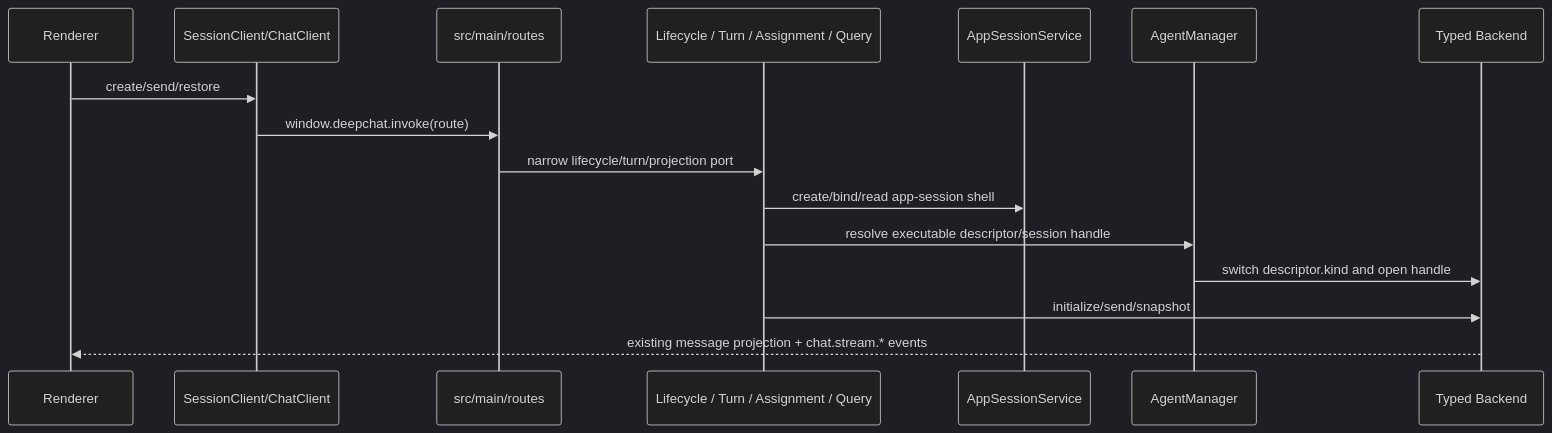
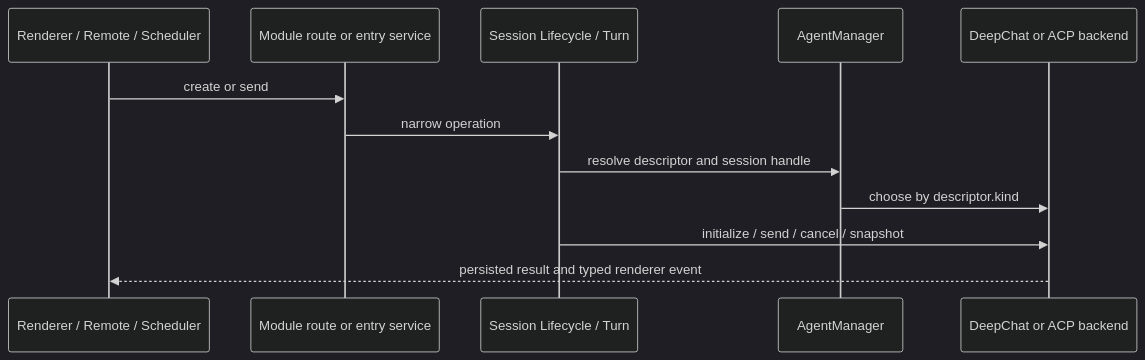
Before and after one commit to ThinkInAIXYZ/deepchat: the second of 7 diagrams in docs/FLOWS.md, drawn with Mermaid (dark theme). The commit also changed other lines of this file and 14 other files, not shown here.

Commit message:
docs(architecture): describe final main structure

````diff
--- a/docs/FLOWS.md
+++ b/docs/FLOWS.md
@@ -8,19 +36,15 @@
 ```mermaid
 sequenceDiagram
-    participant R as Renderer
-    participant C as SessionClient/ChatClient
-    participant Route as src/main/routes
-    participant App as Lifecycle / Turn / Assignment / Query
-    participant S as AppSessionService
-    participant M as AgentManager
-    participant B as Typed Backend
+    participant R as Renderer / Remote / Scheduler
+    participant Route as Module route or entry service
+    participant Session as Session Lifecycle / Turn
+    participant Manager as AgentManager
+    participant Backend as DeepChat or ACP backend
 
-    R->>C: create/send/restore
-    C->>Route: window.deepchat.invoke(route)
-    Route->>App: narrow lifecycle/turn/projection port
-    App->>S: create/bind/read app-session shell
-    App->>M: resolve executable descriptor/session handle
-    M->>B: switch descriptor.kind and open handle
-    App->>B: initialize/send/snapshot
-    B-->>R: existing message projection + chat.stream.* events
+    R->>Route: create or send
+    Route->>Session: narrow operation
+    Session->>Manager: resolve descriptor and session handle
+    Manager->>Backend: choose by descriptor.kind
+    Session->>Backend: initialize / send / cancel / snapshot
+    Backend-->>R: persisted result and typed renderer event
 ```
````
